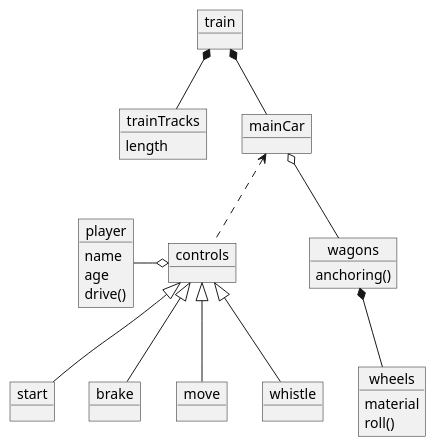
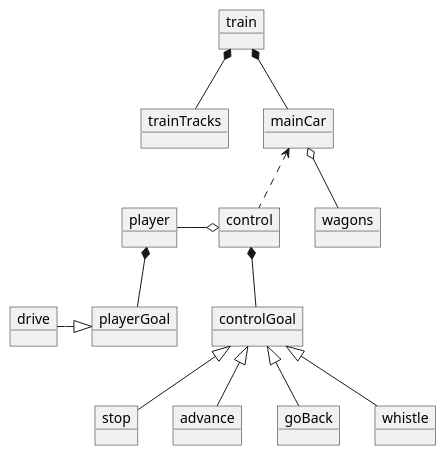
One commit to ederramos01/01-train changed the diagram in docs/train-diagram.puml. Above: the diagram before and after it, drawn with PlantUML.

Commit message:
Restructuracion

```diff
--- a/docs/train-diagram.puml
+++ b/docs/train-diagram.puml
@@ -1,42 +1,37 @@
-@startuml
+@startuml trainModel
 
     object train
-    object trainTracks {
-        length
-    }
+    object trainTracks
     object mainCar
 
-    object wagons {
-        anchoring()
-    }
-    object wheels {
-        material
-        roll()
-    }
-    object controls
-    object start
-    object brake
-    object move
+    object wagons
+    object control
+    object controlGoal
+    object stop
+    object advance
+    object goBack
     object whistle
-    object player {
-        name
-        age
-        drive()
-    }
+    object player
+    object playerGoal
+    object drive
 
     train *-- mainCar
     
     mainCar o-- wagons
-    mainCar <.. controls
-    
-    wagons *-- wheels
+    mainCar <.. control
     
     train *-- trainTracks
 
-    controls o-left- player
-    controls <|-- start
-    controls <|-- brake
-    controls <|-- move
-    controls <|-- whistle
+    player *-- playerGoal
+    drive -right-|> playerGoal
+
+    control o-left- player
+    control *-- controlGoal
+    controlGoal <|-- stop
+    controlGoal <|-- advance
+    controlGoal <|-- goBack
+    controlGoal <|-- whistle
+
+    
 
 @enduml
```
